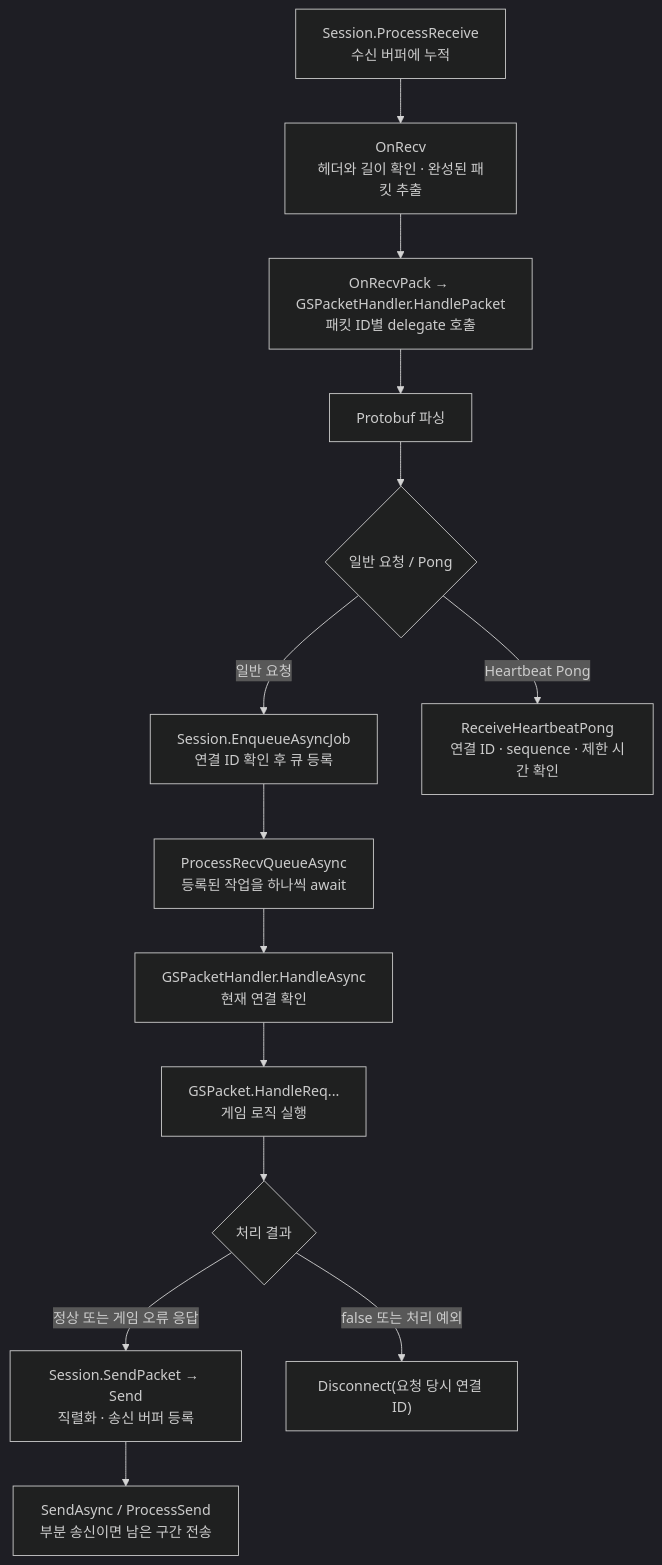
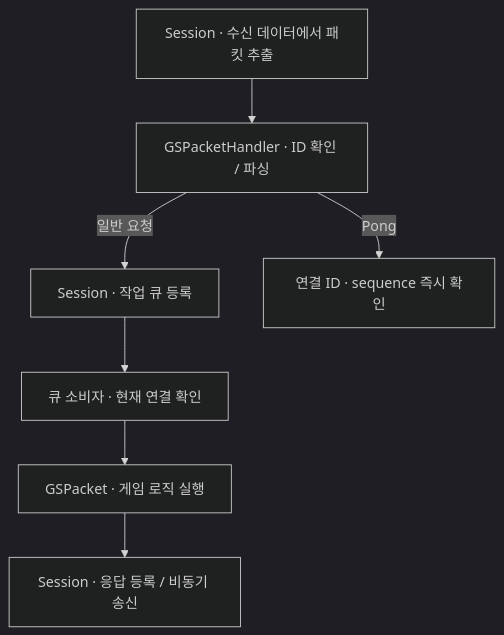
The second of 7 diagrams in docs/SERVER_ARCHITECTURE.md (GodDongjin/CSharpServer_Portfolio), drawn with Mermaid (dark theme) before and after one commit. The commit also changed other lines of this file, not shown here.

Commit message:
docs: improve readability of server call flow diagrams

````diff
--- a/docs/SERVER_ARCHITECTURE.md
+++ b/docs/SERVER_ARCHITECTURE.md
@@ -39,16 +52,9 @@
 ```mermaid
 flowchart TD
-    R["Session.ProcessReceive<br/>수신 버퍼에 누적"] --> F["OnRecv<br/>헤더와 길이 확인 · 완성된 패킷 추출"]
-    F --> H["OnRecvPack → GSPacketHandler.HandlePacket<br/>패킷 ID별 delegate 호출"]
-    H --> P["Protobuf 파싱"]
-    P --> T{"일반 요청 / Pong"}
-    T -->|일반 요청| Q["Session.EnqueueAsyncJob<br/>연결 ID 확인 후 큐 등록"]
-    Q --> W["ProcessRecvQueueAsync<br/>등록된 작업을 하나씩 await"]
-    W --> A["GSPacketHandler.HandleAsync<br/>현재 연결 확인"]
-    A --> G["GSPacket.HandleReq...<br/>게임 로직 실행"]
-    G --> O{"처리 결과"}
-    O -->|정상 또는 게임 오류 응답| S["Session.SendPacket → Send<br/>직렬화 · 송신 버퍼 등록"]
-    S --> IO["SendAsync / ProcessSend<br/>부분 송신이면 남은 구간 전송"]
-    O -->|false 또는 처리 예외| D["Disconnect(요청 당시 연결 ID)"]
-    T -->|Heartbeat Pong| HB["ReceiveHeartbeatPong<br/>연결 ID · sequence · 제한 시간 확인"]
+    A["Session · 수신 데이터에서 패킷 추출"] --> B["GSPacketHandler · ID 확인 / 파싱"]
+    B -->|일반 요청| C["Session · 작업 큐 등록"]
+    C --> D["큐 소비자 · 현재 연결 확인"]
+    D --> E["GSPacket · 게임 로직 실행"]
+    E --> F["Session · 응답 등록 / 비동기 송신"]
+    B -->|Pong| P["연결 ID · sequence 즉시 확인"]
 ```
````
